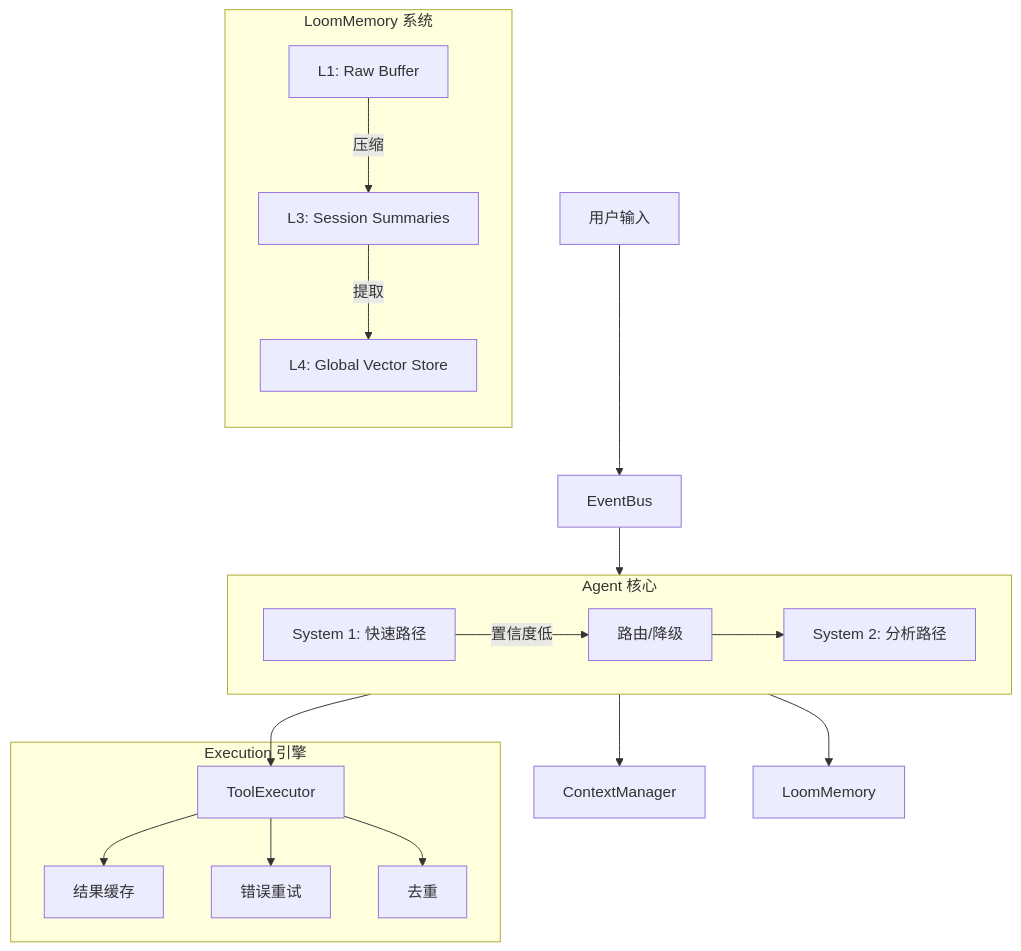
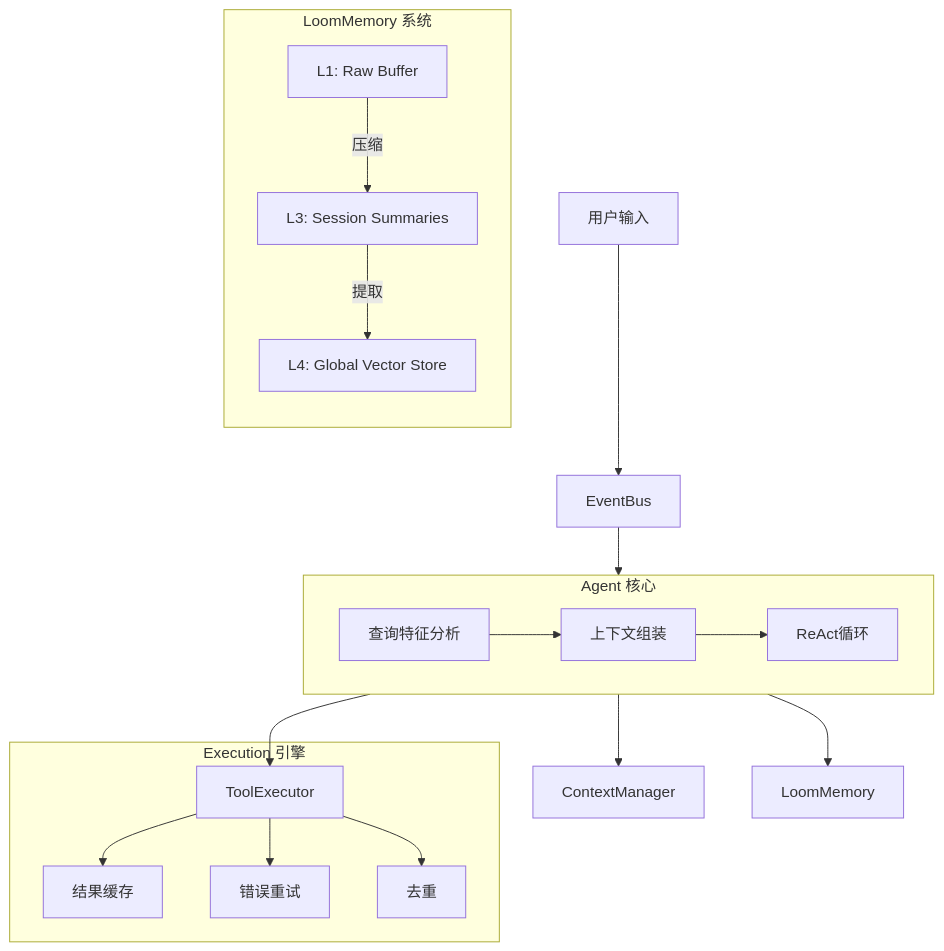
Before and after one commit to kongusen/loom-agent: the diagram in docs/concepts/node_architecture.md, drawn with Mermaid. The commit also changed other lines of this file and 58 other files, not shown here.

````diff
--- a/docs/concepts/node_architecture.md
+++ b/docs/concepts/node_architecture.md
@@ -117,32 +117,32 @@
 ```mermaid
 graph TD
     User[用户输入] --> EventBus
     EventBus --> AgentNode
 
     subgraph AgentNode [Agent 核心]
-        System1[System 1: 快速路径]
-        System2[System 2: 分析路径]
-        Router[路由/降级]
-        System1 --置信度低--> Router --> System2
+        Query[查询特征分析]
+        Context[上下文组装]
+        ReAct[ReAct循环]
+        Query --> Context --> ReAct
     end
     
     AgentNode --> ContextManager
     AgentNode --> ToolExecutor
     AgentNode --> LoomMemory
 
     subgraph Memory [LoomMemory 系统]
         direction TB
         L1[L1: Raw Buffer]
         L3[L3: Session Summaries]
         L4[L4: Global Vector Store]
         
         L1 --压缩--> L3
         L3 --提取--> L4
     end
 
     subgraph Execution [Execution 引擎]
         ToolExecutor --> Cache[结果缓存]
         ToolExecutor --> Retry[错误重试]
         ToolExecutor --> Dedupe[去重]
     end
 ```
````
